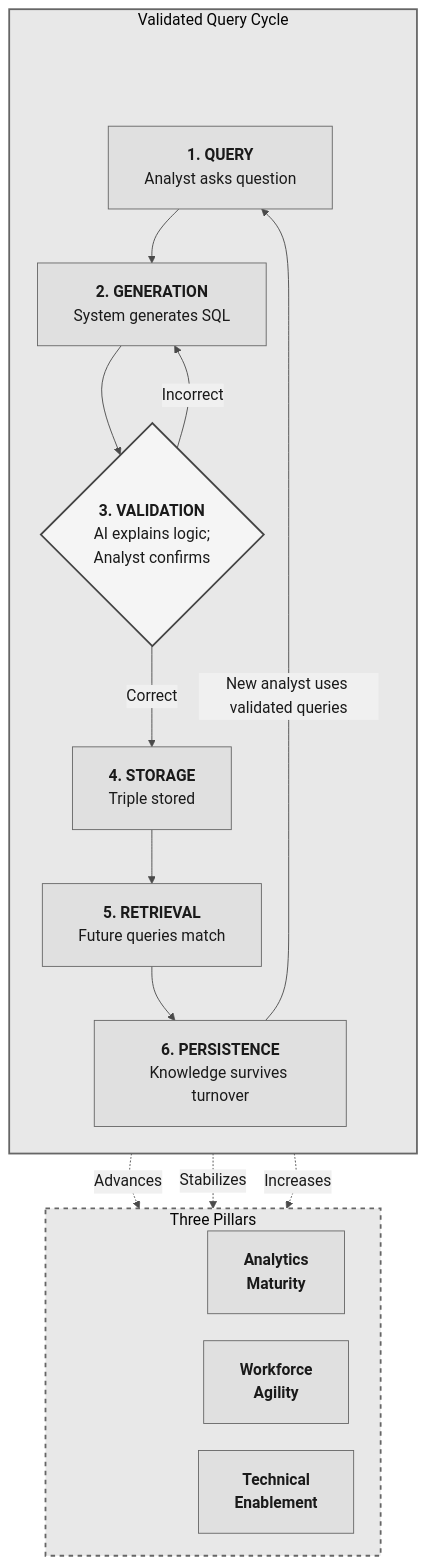
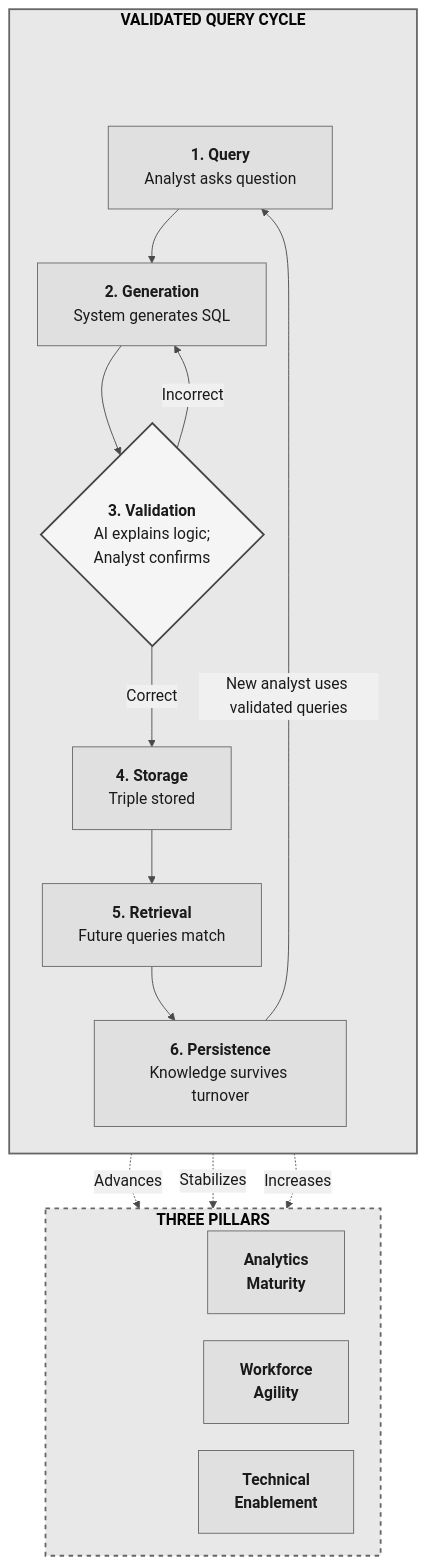
Before and after one commit to stharrold/yuimedi-paper-20250901: the diagram in figures/knowledge-cycle.mmd, drawn with Mermaid. The commit also changed 3 other files, not shown here.

First line of the commit message:
fix(paper): Figure 2 consistent subgraph titles (bold all-caps), title-case node headers

```diff
--- a/figures/knowledge-cycle.mmd
+++ b/figures/knowledge-cycle.mmd
@@ -1,43 +1,43 @@
 %%{init: {'theme': 'base', 'flowchart': {'useMaxWidth': false, 'markdownAutoWrap': false, 'nodeSpacing': 30, 'rankSpacing': 35, 'padding': 20}, 'themeVariables': { 'primaryColor': '#e0e0e0', 'primaryTextColor': '#1a1a1a', 'primaryBorderColor': '#666', 'lineColor': '#4a4a4a', 'secondaryColor': '#f0f0f0', 'tertiaryColor': '#fafafa', 'fontFamily': 'Arial, sans-serif', 'fontSize': '13pt'}}}%%
 flowchart TB
     %% Validated Query Cycle
 
-    subgraph CYCLE["Validated Query Cycle"]
+    subgraph CYCLE["<b>VALIDATED QUERY CYCLE</b>"]
         direction TB
         CYCLE_PAD[ ] ~~~ Q
-        Q["<b>1. QUERY</b><br/>Analyst asks question"]
-        G["<b>2. GENERATION</b><br/>System generates SQL"]
-        V{"<b>3. VALIDATION</b><br/>AI explains logic;<br/>Analyst confirms"}
-        S["<b>4. STORAGE</b><br/>Triple stored"]
-        R["<b>5. RETRIEVAL</b><br/>Future queries match"]
-        P["<b>6. PERSISTENCE</b><br/>Knowledge survives turnover"]
+        Q["<b>1. Query</b><br/>Analyst asks question"]
+        G["<b>2. Generation</b><br/>System generates SQL"]
+        V{"<b>3. Validation</b><br/>AI explains logic;<br/>Analyst confirms"}
+        S["<b>4. Storage</b><br/>Triple stored"]
+        R["<b>5. Retrieval</b><br/>Future queries match"]
+        P["<b>6. Persistence</b><br/>Knowledge survives turnover"]
     end
 
-    subgraph PILLARS["Three Pillars"]
+    subgraph PILLARS["<b>THREE PILLARS</b>"]
         direction LR
         PILLARS_PAD[ ] ~~~ M
         M["<b>Analytics<br/>Maturity</b>"]
         T["<b>Workforce<br/>Agility</b>"]
         B["<b>Technical<br/>Enablement</b>"]
     end
 
     %% Main cycle flow
     Q --> G --> V
     V -->|"Correct"| S --> R --> P
     V -->|"Incorrect"| G
     P -->|"New analyst uses validated queries"| Q
 
     %% How cycle advances each pillar
     S -.->|"Advances"| M
     P -.->|"Stabilizes"| T
     R -.->|"Increases"| B
 
     %% Styling
     classDef group fill:#e8e8e8,stroke:#666,stroke-width:2px
     classDef dashedGroup fill:#e8e8e8,stroke:#666,stroke-width:2px,stroke-dasharray:5 5
     classDef decision fill:#f5f5f5,stroke:#444,stroke-width:2px
     classDef invisible fill:none,stroke:none,color:transparent
     class CYCLE group
     class PILLARS dashedGroup
     class V decision
     class CYCLE_PAD,PILLARS_PAD invisible
```
